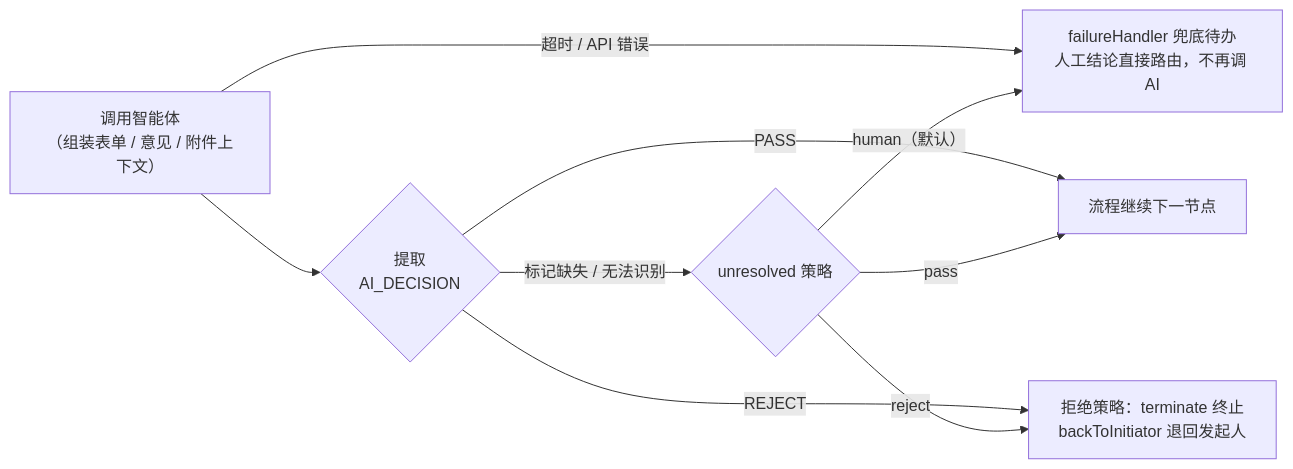
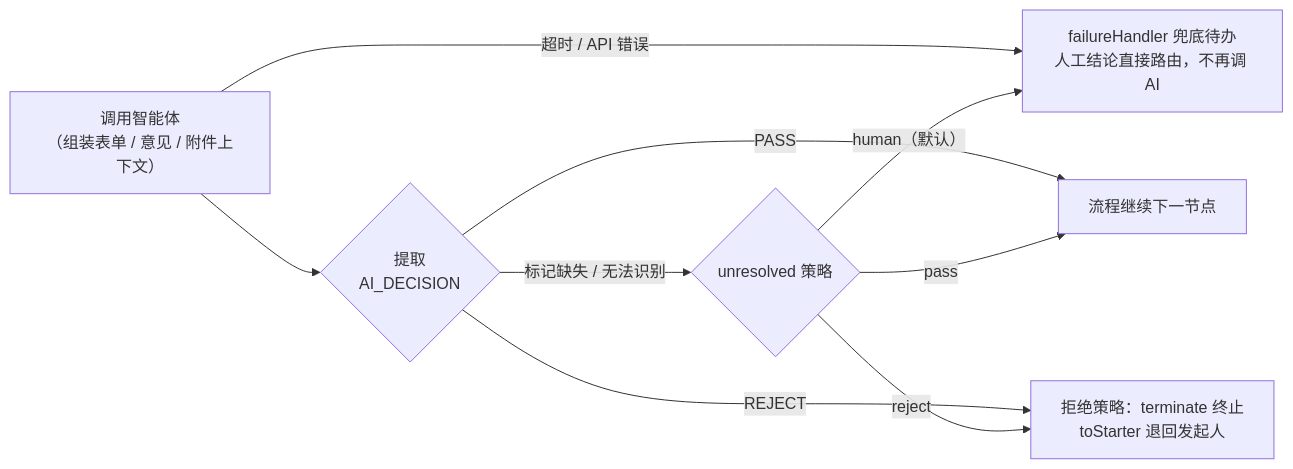
One commit to whki/gflow-doc changed the diagram in docs/guide/features/ai-approval.md. Above: the diagram before and after it, drawn with Mermaid. The commit also changed other lines of this file and 25 other files, not shown here.

````diff
--- a/docs/guide/features/ai-approval.md
+++ b/docs/guide/features/ai-approval.md
@@ -55,11 +57,11 @@
 ```mermaid
 flowchart LR
     A["调用智能体<br/>（组装表单 / 意见 / 附件上下文）"] -- 超时 / API 错误 --> H["failureHandler 兜底待办<br/>人工结论直接路由，不再调 AI"]
     A --> B{"提取<br/>AI_DECISION"}
     B -- PASS --> P[流程继续下一节点]
-    B -- REJECT --> R["拒绝策略：terminate 终止<br/>backToInitiator 退回发起人"]
+    B -- REJECT --> R["拒绝策略：terminate 终止<br/>toStarter 退回发起人"]
     B -- "标记缺失 / 无法识别" --> U{"unresolved 策略"}
     U -- "human（默认）" --> H
     U -- pass --> P
     U -- reject --> R
 ```
````
